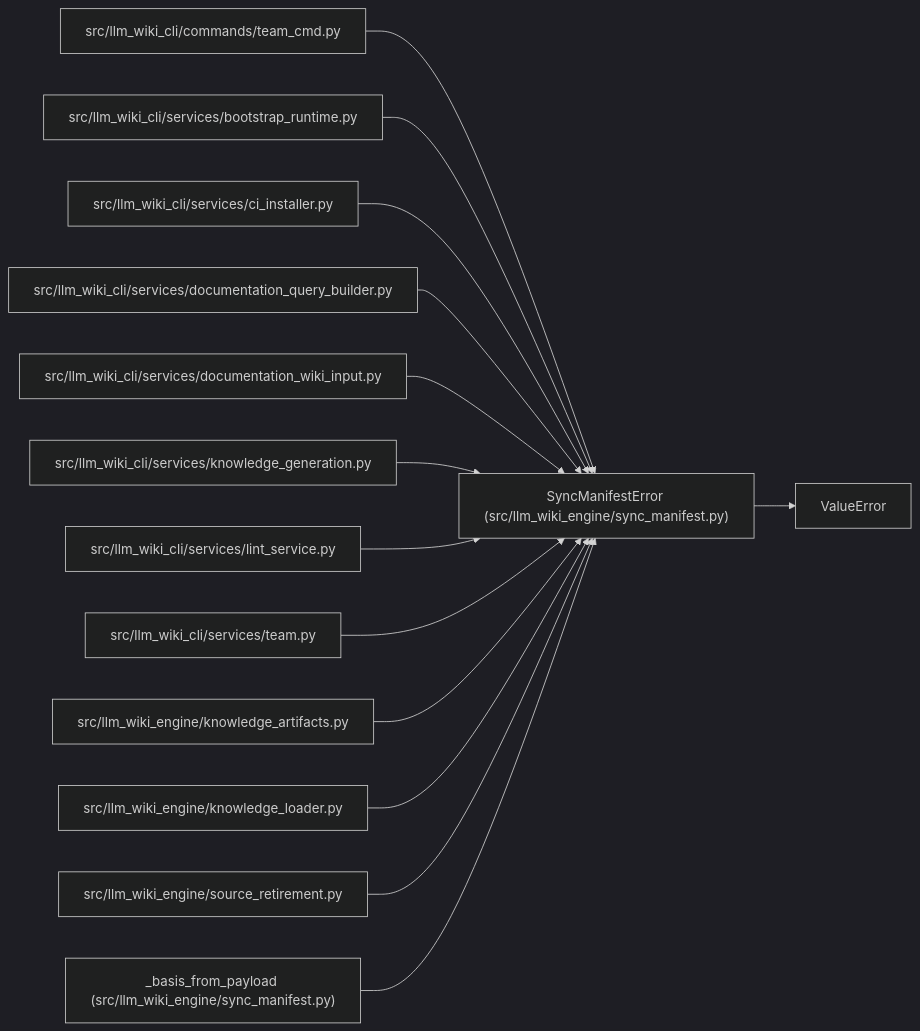
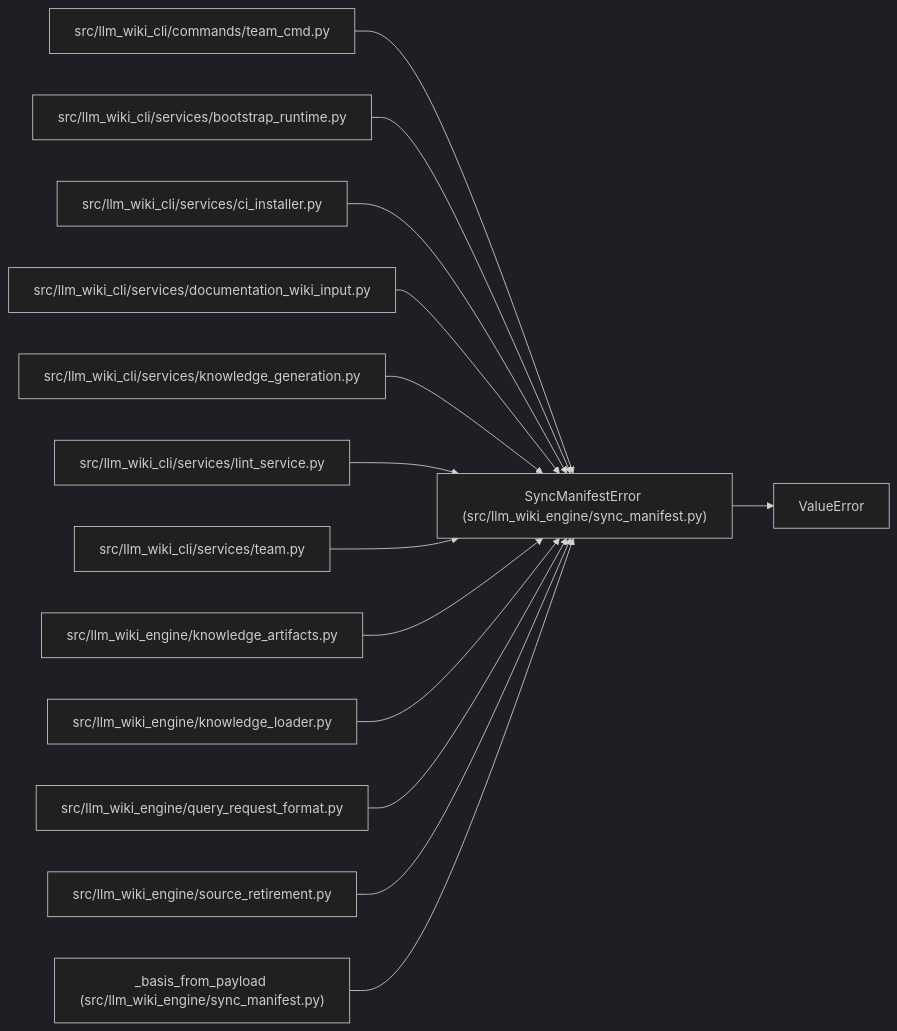
Before and after one commit to Denissvgn/python-wiki-llm: the diagram in docs/llm_wiki/entities/SyncManifestError.md, drawn with Mermaid (dark theme). The commit also changed other lines of this file and 648 other files, not shown here.

Commit message:
docs: refresh the wiki for the engine task contract and search

````diff
--- a/docs/llm_wiki/entities/SyncManifestError.md
+++ b/docs/llm_wiki/entities/SyncManifestError.md
@@ -25,43 +25,43 @@
 ```mermaid
 flowchart LR
     n0["SyncManifestError (src/llm_wiki_engine/sync_manifest.py)"]
     n1["ValueError"]
     n2["src/llm_wiki_cli/commands/team_cmd.py"]
     n3["src/llm_wiki_cli/services/bootstrap_runtime.py"]
     n4["src/llm_wiki_cli/services/ci_installer.py"]
-    n5["src/llm_wiki_cli/services/documentation_query_builder.py"]
-    n6["src/llm_wiki_cli/services/documentation_wiki_input.py"]
-    n7["src/llm_wiki_cli/services/knowledge_generation.py"]
-    n8["src/llm_wiki_cli/services/lint_service.py"]
-    n9["src/llm_wiki_cli/services/team.py"]
-    n10["src/llm_wiki_engine/knowledge_artifacts.py"]
-    n11["src/llm_wiki_engine/knowledge_loader.py"]
+    n5["src/llm_wiki_cli/services/documentation_wiki_input.py"]
+    n6["src/llm_wiki_cli/services/knowledge_generation.py"]
+    n7["src/llm_wiki_cli/services/lint_service.py"]
+    n8["src/llm_wiki_cli/services/team.py"]
+    n9["src/llm_wiki_engine/knowledge_artifacts.py"]
+    n10["src/llm_wiki_engine/knowledge_loader.py"]
+    n11["src/llm_wiki_engine/query_request_format.py"]
     n12["src/llm_wiki_engine/source_retirement.py"]
     n13["_basis_from_payload (src/llm_wiki_engine/sync_manifest.py)"]
     n0 --> n1
     n2 --> n0
     n3 --> n0
     n4 --> n0
     n5 --> n0
     n6 --> n0
     n7 --> n0
     n8 --> n0
     n9 --> n0
     n10 --> n0
     n11 --> n0
     n12 --> n0
     n13 --> n0
     click n0 "../modules/sync_manifest.md"
     click n2 "../modules/team_cmd.md"
     click n3 "../modules/bootstrap_runtime.md"
     click n4 "../modules/ci_installer.md"
-    click n5 "../modules/documentation_query_builder.md"
-    click n6 "../modules/documentation_wiki_input.md"
-    click n7 "../modules/knowledge_generation.md"
-    click n8 "../modules/lint_service.md"
-    click n9 "../modules/team.md"
-    click n10 "../modules/knowledge_artifacts.md"
-    click n11 "../modules/knowledge_loader.md"
+    click n5 "../modules/documentation_wiki_input.md"
+    click n6 "../modules/knowledge_generation.md"
+    click n7 "../modules/lint_service.md"
+    click n8 "../modules/team.md"
+    click n9 "../modules/knowledge_artifacts.md"
+    click n10 "../modules/knowledge_loader.md"
+    click n11 "../modules/query_request_format.md"
     click n12 "../modules/source_retirement.md"
     click n13 "../modules/sync_manifest.md"
 ```
````
